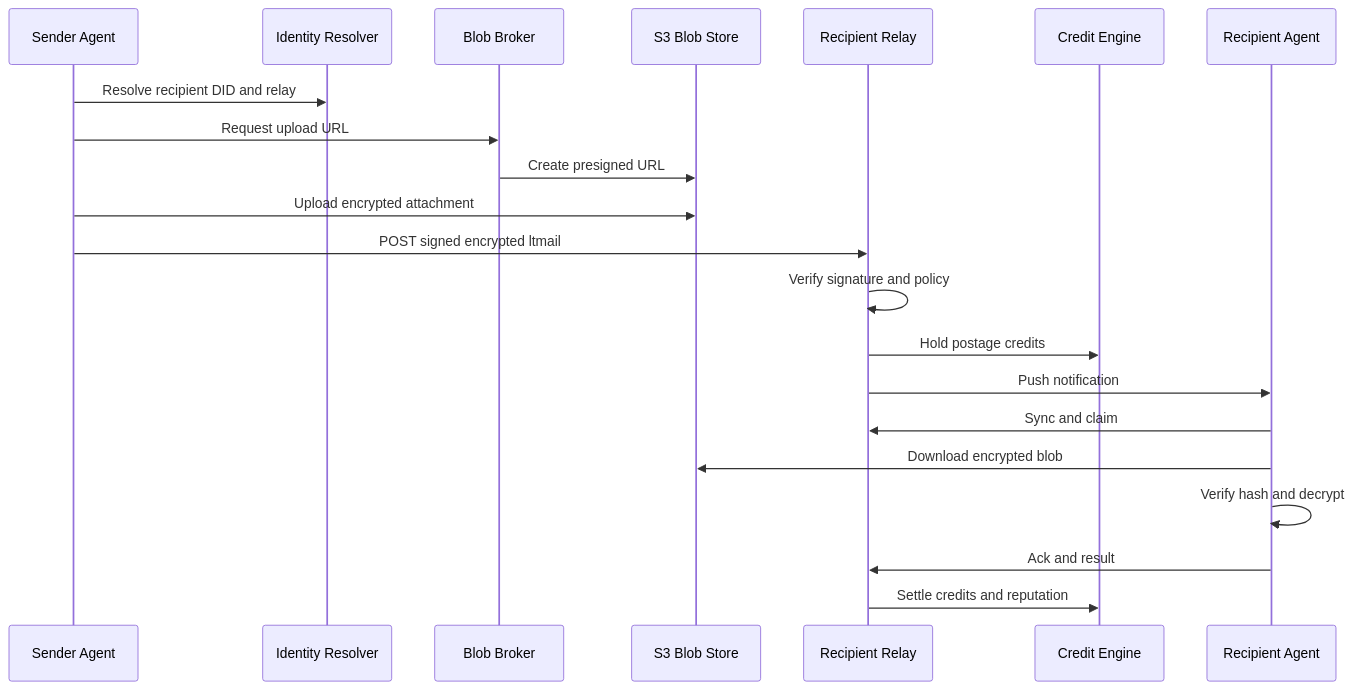
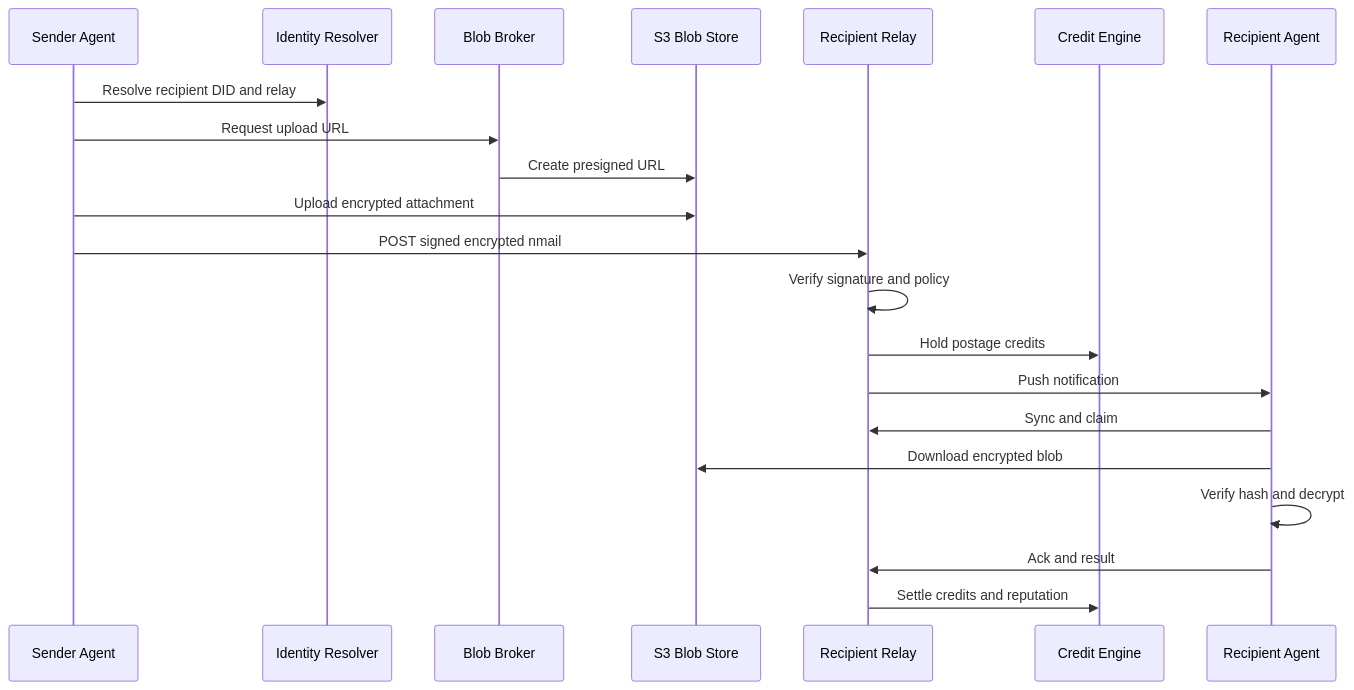
Before and after one commit to Airine/nerva-mail: the third of 5 diagrams in docs/technical-solution.md, drawn with Mermaid. The commit also changed other lines of this file and 20 other files, not shown here.

````diff
--- a/docs/technical-solution.md
+++ b/docs/technical-solution.md
@@ -466,23 +466,23 @@
 ```mermaid
 sequenceDiagram
   participant Sender as Sender Agent
   participant Resolver as Identity Resolver
   participant Blob as Blob Broker
   participant Store as S3 Blob Store
   participant Relay as Recipient Relay
   participant Credit as Credit Engine
   participant Recipient as Recipient Agent
   Sender->>Resolver: Resolve recipient DID and relay
   Sender->>Blob: Request upload URL
   Blob->>Store: Create presigned URL
   Sender->>Store: Upload encrypted attachment
-  Sender->>Relay: POST signed encrypted ltmail
+  Sender->>Relay: POST signed encrypted nmail
   Relay->>Relay: Verify signature and policy
   Relay->>Credit: Hold postage credits
   Relay->>Recipient: Push notification
   Recipient->>Relay: Sync and claim
   Recipient->>Store: Download encrypted blob
   Recipient->>Recipient: Verify hash and decrypt
   Recipient->>Relay: Ack and result
   Relay->>Credit: Settle credits and reputation
 ```
````
